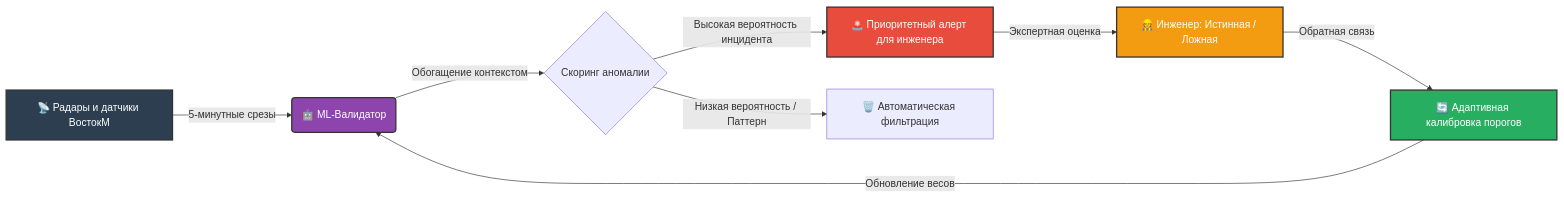
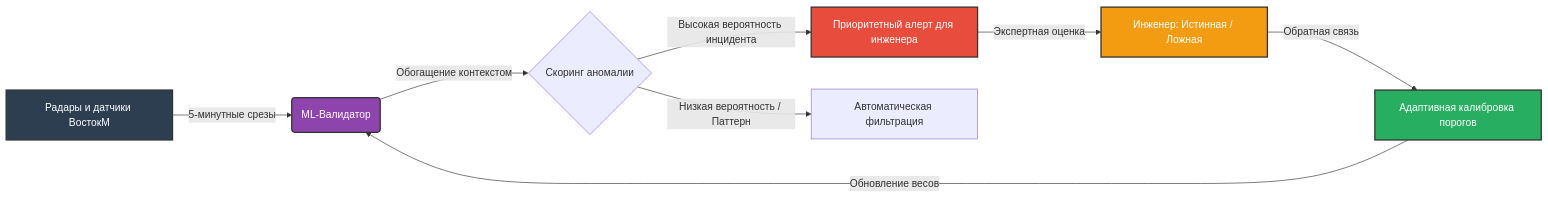
One commit to Lexandrine/flow-analysis changed the diagram in to_be.md. Above: the diagram before and after it, drawn with Mermaid. The commit also changed other lines of this file, not shown here.

````diff
--- a/to_be.md
+++ b/to_be.md
@@ -15,16 +13,16 @@
 ```mermaid
 graph LR
-    A[📡 Радары и датчики ВостокМ] -->|5-минутные срезы| B(🤖 ML-Валидатор)
+    A[ Радары и датчики ВостокМ] -->|5-минутные срезы| B( ML-Валидатор)
     B -->|Обогащение контекстом| C{Скоринг аномалии}
-    C -->|Высокая вероятность инцидента| D[🚨 Приоритетный алерт для инженера]
-    C -->|Низкая вероятность / Паттерн| E[🗑️ Автоматическая фильтрация]
-    D -->|Экспертная оценка| F[👷 Инженер: Истинная / Ложная]
-    F -->|Обратная связь| G[🔄 Адаптивная калибровка порогов]
+    C -->|Высокая вероятность инцидента| D[ Приоритетный алерт для инженера]
+    C -->|Низкая вероятность / Паттерн| E[ Автоматическая фильтрация]
+    D -->|Экспертная оценка| F[ Инженер: Истинная / Ложная]
+    F -->|Обратная связь| G[ Адаптивная калибровка порогов]
     G -->|Обновление весов| B
     
     style A fill:#2c3e50,stroke:#333,stroke-width:2px,color:#fff
     style B fill:#8e44ad,stroke:#333,stroke-width:2px,color:#fff
     style D fill:#e74c3c,stroke:#333,stroke-width:2px,color:#fff
     style F fill:#f39c12,stroke:#333,stroke-width:2px,color:#fff
     style G fill:#27ae60,stroke:#333,stroke-width:2px,color:#fff
 ```
````
